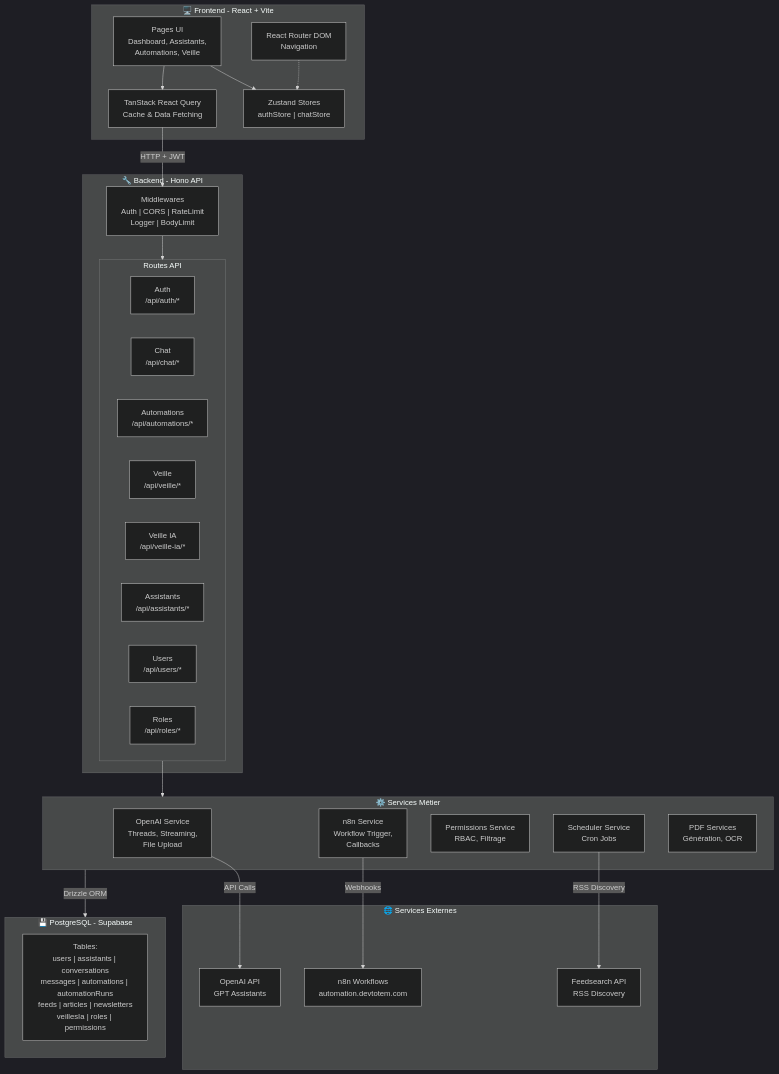
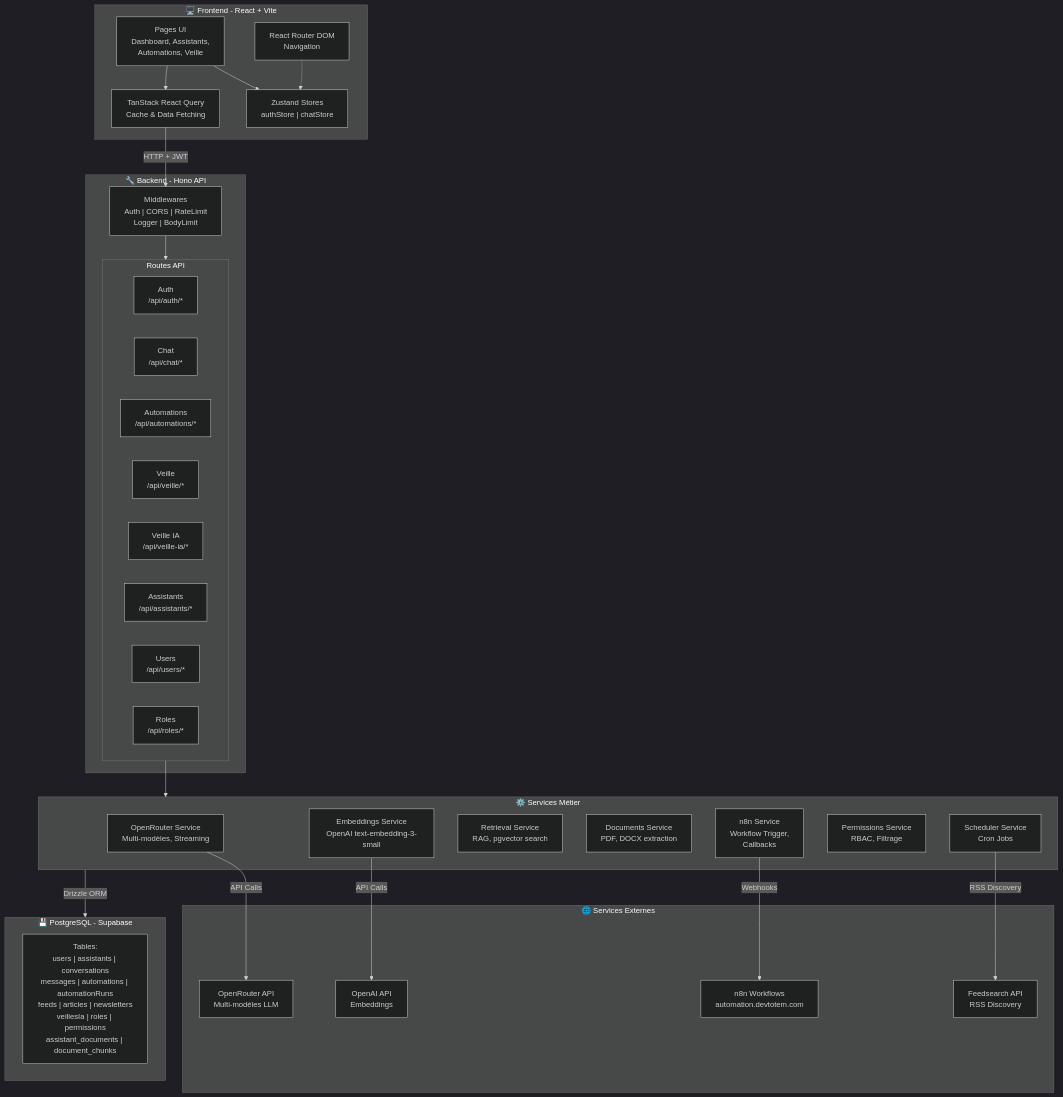
One commit to D4kooo/Altij-Ai-Lab changed the first of 10 diagrams in docs/architecture-diagram.md. Above: the diagram before and after it, drawn with Mermaid (dark theme). The commit also changed other lines of this file and 7 other files, not shown here.

````diff
--- a/docs/architecture-diagram.md
+++ b/docs/architecture-diagram.md
@@ -5,56 +5,60 @@
 ```mermaid
 graph TB
     subgraph Client["🖥️ Frontend - React + Vite"]
         UI["Pages UI<br/>Dashboard, Assistants,<br/>Automations, Veille"]
         Zustand["Zustand Stores<br/>authStore | chatStore"]
         RQ["TanStack React Query<br/>Cache & Data Fetching"]
         Router["React Router DOM<br/>Navigation"]
     end
 
     subgraph API["🔧 Backend - Hono API"]
         MW["Middlewares<br/>Auth | CORS | RateLimit<br/>Logger | BodyLimit"]
 
         subgraph Routes["Routes API"]
             AuthR["Auth<br/>/api/auth/*"]
             ChatR["Chat<br/>/api/chat/*"]
             AutoR["Automations<br/>/api/automations/*"]
             VeilleR["Veille<br/>/api/veille/*"]
             VeilleIAR["Veille IA<br/>/api/veille-ia/*"]
             AssistR["Assistants<br/>/api/assistants/*"]
             UsersR["Users<br/>/api/users/*"]
             RolesR["Roles<br/>/api/roles/*"]
         end
     end
 
     subgraph Services["⚙️ Services Métier"]
-        OpenAISvc["OpenAI Service<br/>Threads, Streaming,<br/>File Upload"]
+        OpenRouterSvc["OpenRouter Service<br/>Multi-modèles, Streaming"]
+        EmbeddingsSvc["Embeddings Service<br/>OpenAI text-embedding-3-small"]
+        RetrievalSvc["Retrieval Service<br/>RAG, pgvector search"]
+        DocumentsSvc["Documents Service<br/>PDF, DOCX extraction"]
         N8nSvc["n8n Service<br/>Workflow Trigger,<br/>Callbacks"]
         PermSvc["Permissions Service<br/>RBAC, Filtrage"]
         SchedulerSvc["Scheduler Service<br/>Cron Jobs"]
-        PDFSvc["PDF Services<br/>Génération, OCR"]
     end
 
     subgraph DB["💾 PostgreSQL - Supabase"]
-        Tables["Tables:<br/>users | assistants | conversations<br/>messages | automations | automationRuns<br/>feeds | articles | newsletters<br/>veillesIa | roles | permissions"]
+        Tables["Tables:<br/>users | assistants | conversations<br/>messages | automations | automationRuns<br/>feeds | articles | newsletters<br/>veillesIa | roles | permissions<br/>assistant_documents | document_chunks"]
     end
 
     subgraph External["🌐 Services Externes"]
-        OpenAI["OpenAI API<br/>GPT Assistants"]
+        OpenRouter["OpenRouter API<br/>Multi-modèles LLM"]
+        OpenAIEmb["OpenAI API<br/>Embeddings"]
         N8n["n8n Workflows<br/>automation.devtotem.com"]
         Feedsearch["Feedsearch API<br/>RSS Discovery"]
     end
 
     UI --> Zustand
     UI --> RQ
     RQ -->|"HTTP + JWT"| MW
     Router -.-> Zustand
 
     MW --> Routes
     Routes --> Services
 
-    OpenAISvc -->|"API Calls"| OpenAI
+    OpenRouterSvc -->|"API Calls"| OpenRouter
+    EmbeddingsSvc -->|"API Calls"| OpenAIEmb
     N8nSvc -->|"Webhooks"| N8n
     SchedulerSvc -->|"RSS Discovery"| Feedsearch
 
     Services -->|"Drizzle ORM"| DB
 ```
````
